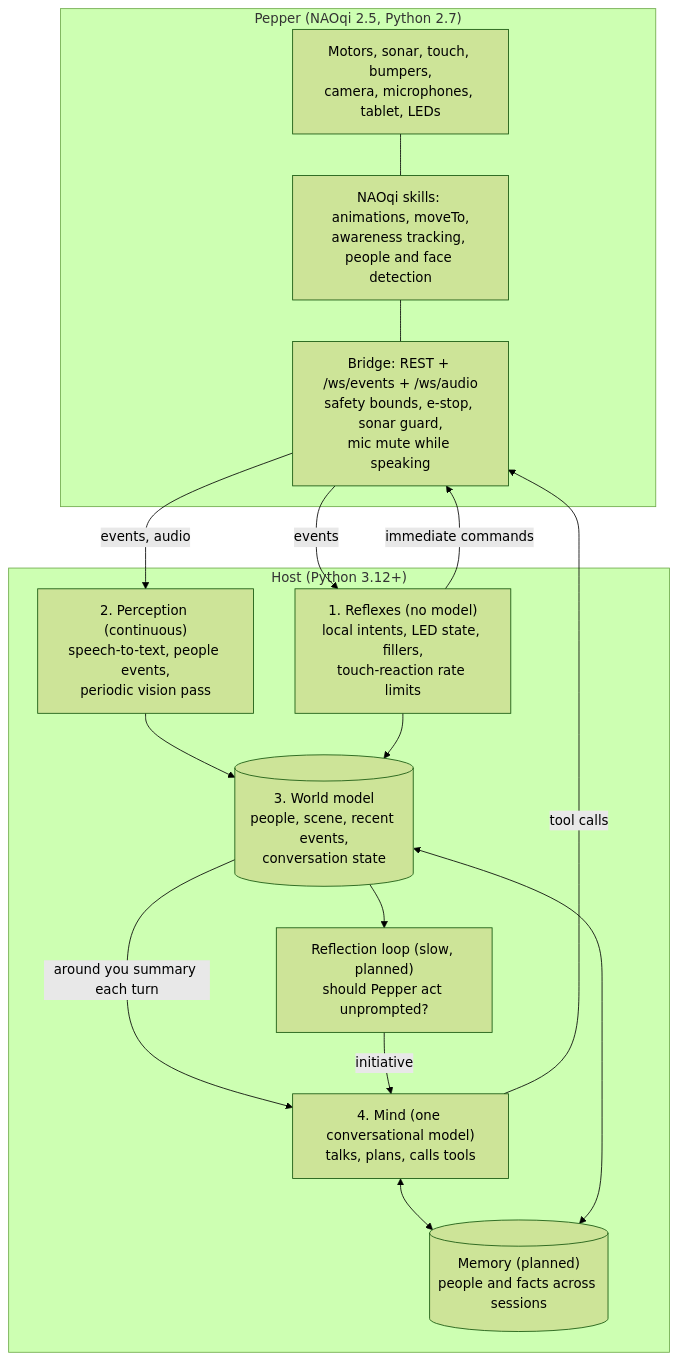
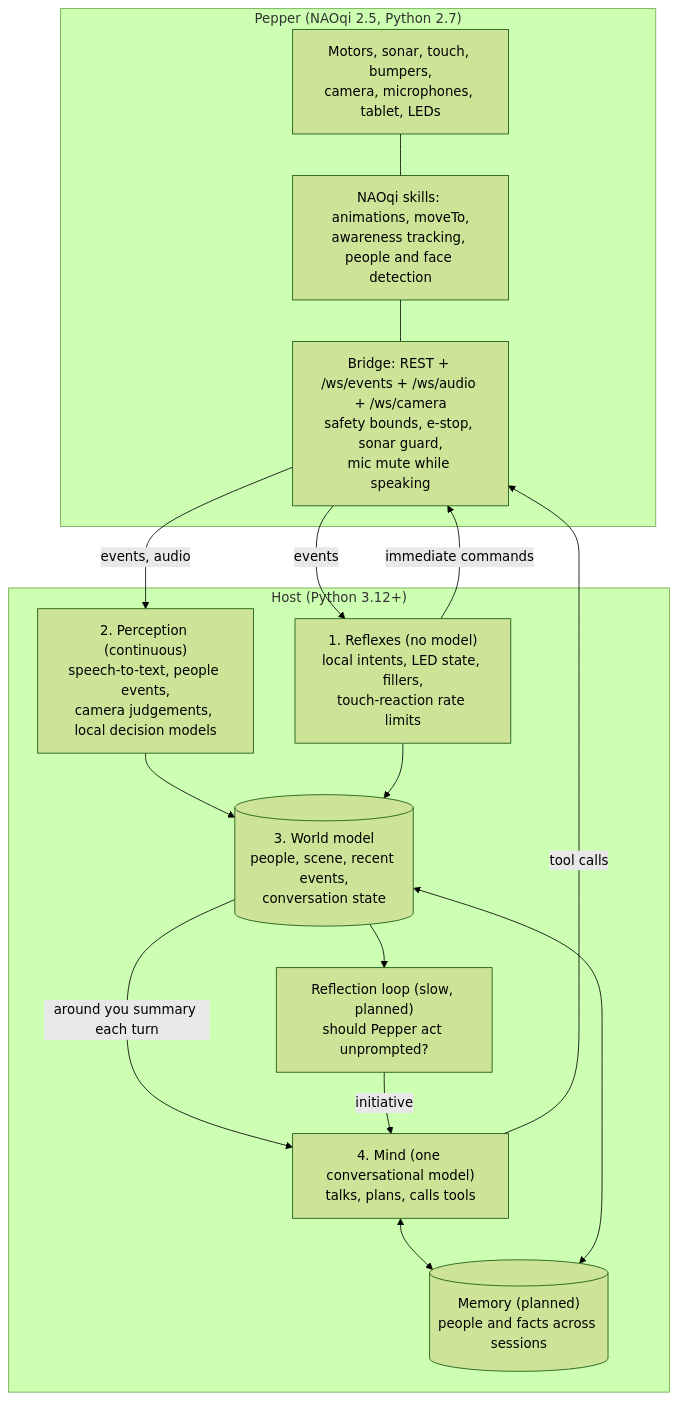
The diagram in docs/ARCHITECTURE.md (mfbergmann/PepperEvolution), drawn with Mermaid (forest theme) before and after one commit. The commit also changed other lines of this file and 9 other files, not shown here.

````diff
--- a/docs/ARCHITECTURE.md
+++ b/docs/ARCHITECTURE.md
@@ -11,30 +11,30 @@
 ```mermaid
 flowchart TB
     subgraph Robot["Pepper (NAOqi 2.5, Python 2.7)"]
         HW["Motors, sonar, touch, bumpers,\ncamera, microphones, tablet, LEDs"]
-        BR["Bridge: REST + /ws/events + /ws/audio\nsafety bounds, e-stop, sonar guard,\nmic mute while speaking"]
+        BR["Bridge: REST + /ws/events + /ws/audio + /ws/camera\nsafety bounds, e-stop, sonar guard,\nmic mute while speaking"]
         NQ["NAOqi skills: animations, moveTo,\nawareness tracking, people and face detection"]
         HW --- NQ --- BR
     end
 
     subgraph Host["Host (Python 3.12+)"]
         RX["1. Reflexes (no model)\nlocal intents, LED state, fillers,\ntouch-reaction rate limits"]
-        PE["2. Perception (continuous)\nspeech-to-text, people events,\nperiodic vision pass"]
+        PE["2. Perception (continuous)\nspeech-to-text, people events,\ncamera judgements, local decision models"]
         WM[("3. World model\npeople, scene, recent events,\nconversation state")]
         MI["4. Mind (one conversational model)\ntalks, plans, calls tools"]
         RF["Reflection loop (slow, planned)\nshould Pepper act unprompted?"]
         ME[("Memory (planned)\npeople and facts across sessions")]
     end
 
     BR -- events, audio --> PE
     BR -- events --> RX
     PE --> WM
     RX --> WM
     WM -- "around you" summary each turn --> MI
     WM --> RF
     RF -- initiative --> MI
     MI -- tool calls --> BR
     RX -- immediate commands --> BR
     MI <--> ME
     WM <--> ME
 ```
````
